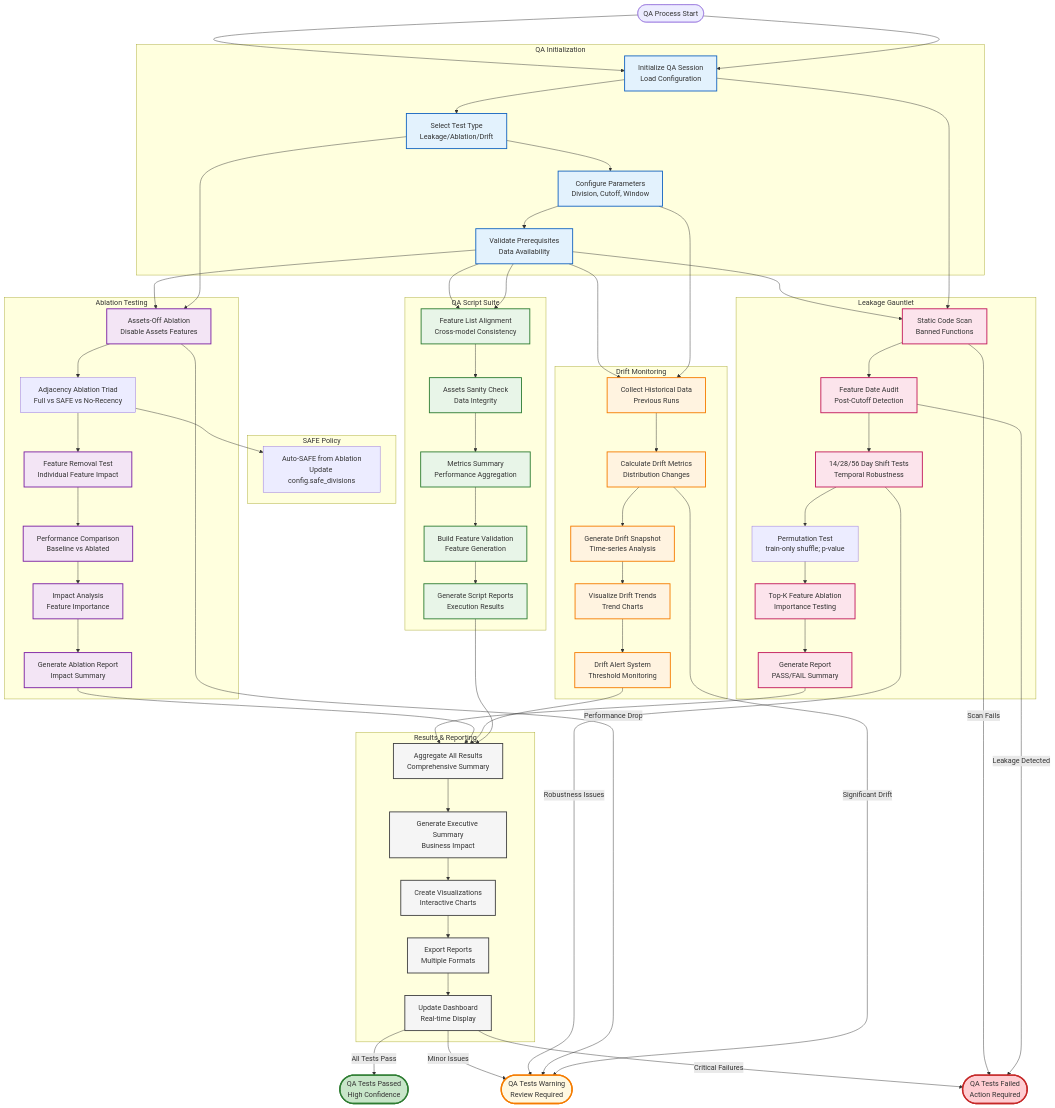
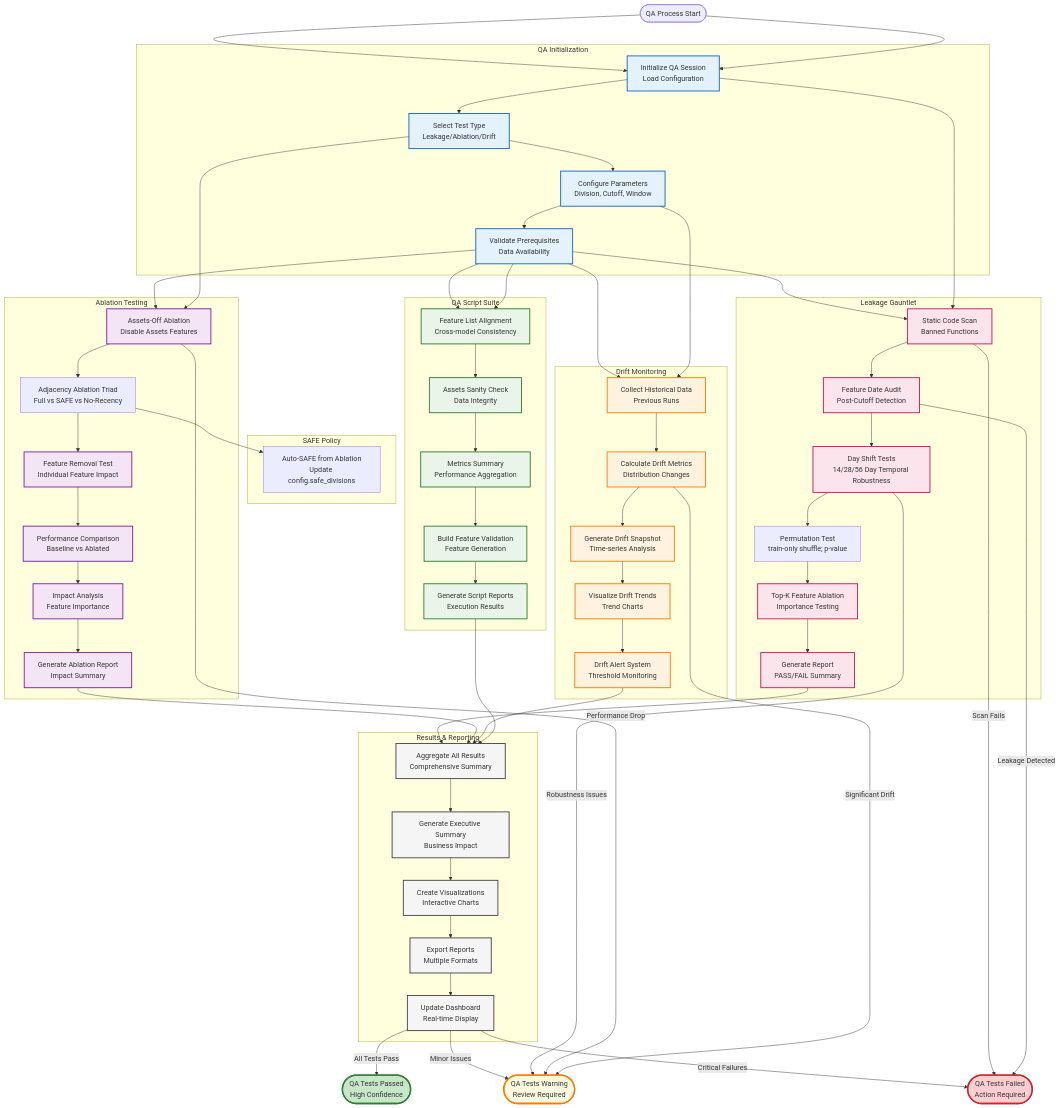
The diagram in gosales/docs/architecture/10_quality_assurance_flow.mmd (greygizmo/SSE), drawn with Mermaid before and after one commit. The commit also changed 57 other files, not shown here.

Commit message:
fix(mermaid): correct syntax errors in architecture diagrams

```diff
--- a/gosales/docs/architecture/10_quality_assurance_flow.mmd
+++ b/gosales/docs/architecture/10_quality_assurance_flow.mmd
@@ -19,7 +19,7 @@
     subgraph "Leakage Gauntlet"
         StaticScan[Static Code Scan<br/>Banned Functions]
         FeatureAudit[Feature Date Audit<br/>Post-Cutoff Detection]
-        Shift14Test[14/28/56 Day Shift Tests<br/>Temporal Robustness]
+        Shift14Test[Day Shift Tests<br/>14/28/56 Day Temporal Robustness]
         PermutationTest[Permutation Test<br/>train-only shuffle; p‑value]
         TopKAblation[Top-K Feature Ablation<br/>Importance Testing]
         ConsolidatedReport[Generate Report<br/>PASS/FAIL Summary]
```
